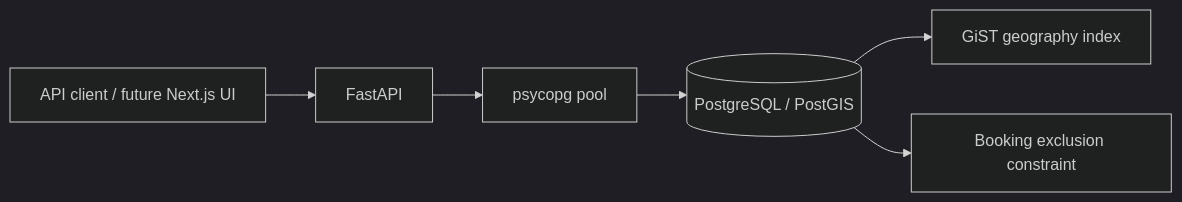
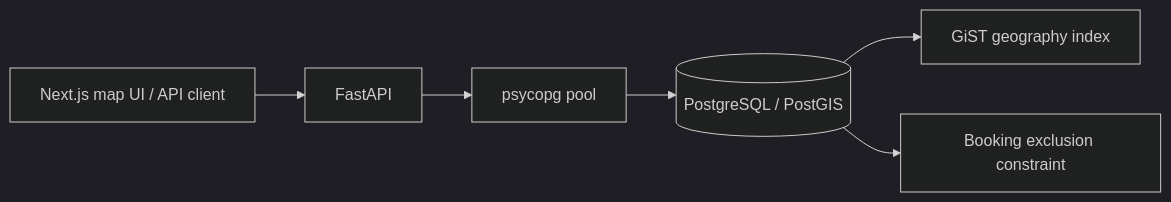
Before and after one commit to kshres31/parking-marketplace: the diagram in docs/architecture.md, drawn with Mermaid (dark theme). The commit also changed other lines of this file and 34 other files, not shown here.

````diff
--- a/docs/architecture.md
+++ b/docs/architecture.md
@@ -10,8 +10,8 @@
 ```mermaid
 flowchart LR
-  Client[API client / future Next.js UI] --> API[FastAPI]
+  Client[Next.js map UI / API client] --> API[FastAPI]
   API --> Pool[psycopg pool]
   Pool --> DB[(PostgreSQL / PostGIS)]
   DB --> Spatial[GiST geography index]
   DB --> Exclusion[Booking exclusion constraint]
 ```
````
